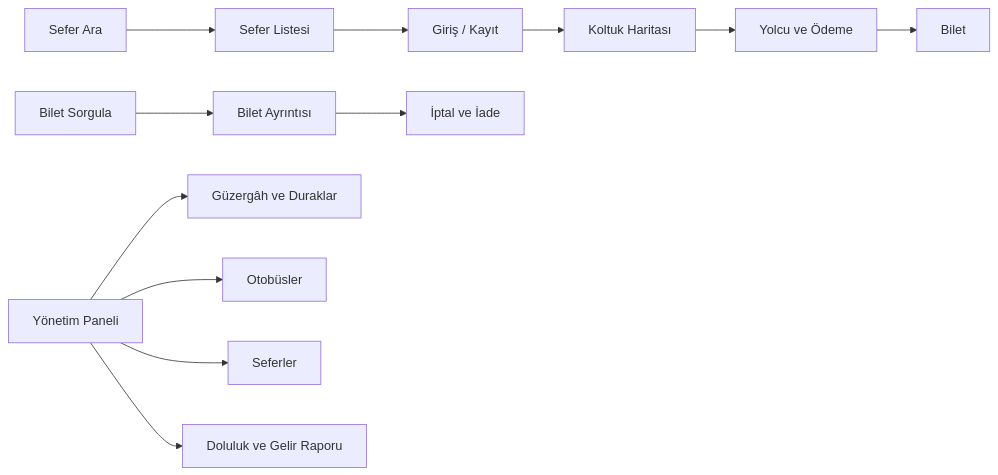
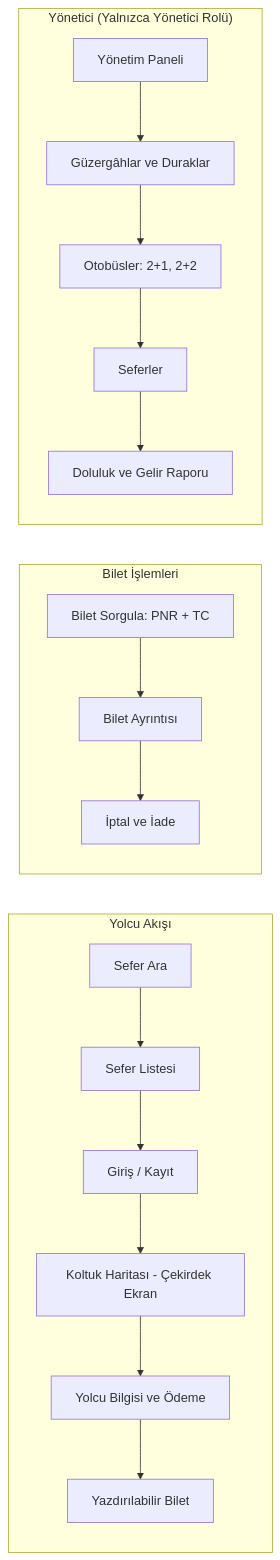
Before and after one commit to MthnByrm/Otob-s-Firma-Projesi: the fourth of 4 diagrams in docs/tasarim.md, drawn with Mermaid. The commit also changed other lines of this file, not shown here.

````diff
--- a/docs/tasarim.md
+++ b/docs/tasarim.md
@@ -158,19 +386,22 @@
 ```mermaid
 flowchart LR
-    %% Yolcu Akışı
-    S[Sefer Ara] --> L[Sefer Listesi]
-    L --> G[Giriş / Kayıt]
-    G --> K[Koltuk Haritası]
-    K --> O[Yolcu ve Ödeme]
-    O --> B[Bilet]
+    subgraph Yolcu_Akisi ["Yolcu Akışı"]
+        SA[Sefer Ara] --> SL[Sefer Listesi]
+        SL --> GK[Giriş / Kayıt]
+        GK --> KH[Koltuk Haritası - Çekirdek Ekran]
+        KH --> YO[Yolcu Bilgisi ve Ödeme]
+        YO --> B[Yazdırılabilir Bilet]
+    end
 
-    %% Bilet İşlemleri
-    BS[Bilet Sorgula] --> BA[Bilet Ayrıntısı]
-    BA --> II[İptal ve İade]
+    subgraph Bilet_Islemleri ["Bilet İşlemleri"]
+        BS[Bilet Sorgula: PNR + TC] --> BA[Bilet Ayrıntısı]
+        BA --> II[İptal ve İade]
+    end
 
-    %% Yönetici
-    YP[Yönetim Paneli] --> GD[Güzergâh ve Duraklar]
-    YP --> OT[Otobüsler]
-    YP --> SF[Seferler]
-    YP --> RP[Doluluk ve Gelir Raporu]
+    subgraph Yonetici_Paneli ["Yönetici (Yalnızca Yönetici Rolü)"]
+        YP[Yönetim Paneli] --> GD[Güzergâhlar ve Duraklar]
+        GD --> OT[Otobüsler: 2+1, 2+2]
+        OT --> SF[Seferler]
+        SF --> DR[Doluluk ve Gelir Raporu]
+    end
 ```
````
